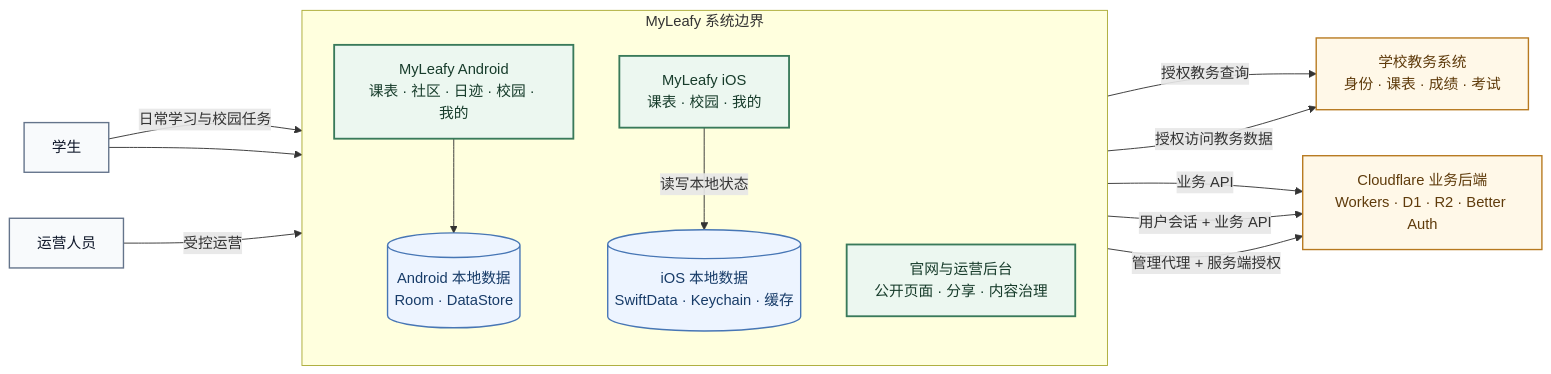
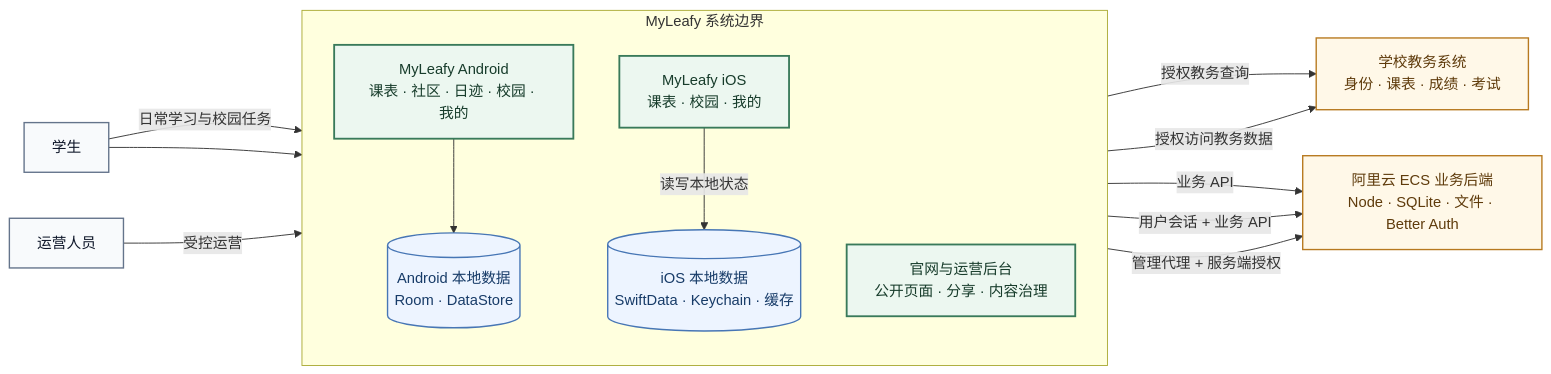
The diagram in README.md (IsaacHuo/MyLeafy), drawn with Mermaid before and after one commit. The commit also changed other lines of this file and 10 other files, not shown here.

````diff
--- a/README.md
+++ b/README.md
@@ -32,37 +32,37 @@
 ```mermaid
 flowchart LR
     Student["学生"]
     Operator["运营人员"]
 
     subgraph Product["MyLeafy 系统边界"]
         direction TB
         IOS["MyLeafy iOS<br/>课表 · 校园 · 我的"]
         Local[("iOS 本地数据<br/>SwiftData · Keychain · 缓存")]
         Android["MyLeafy Android<br/>课表 · 社区 · 日迹 · 校园 · 我的"]
         AndroidLocal[("Android 本地数据<br/>Room · DataStore")]
         Android --> AndroidLocal
         Web["官网与运营后台<br/>公开页面 · 分享 · 内容治理"]
         IOS -->|读写本地状态| Local
     end
 
     School["学校教务系统<br/>身份 · 课表 · 成绩 · 考试"]
-    Backend["Cloudflare 业务后端<br/>Workers · D1 · R2 · Better Auth"]
+    Backend["阿里云 ECS 业务后端<br/>Node · SQLite · 文件 · Better Auth"]
 
     Student -->|日常学习与校园任务| IOS
     Student --> Android
     Android -->|授权教务查询| School
     Android -->|业务 API| Backend
     Operator -->|受控运营| Web
     IOS -->|授权访问教务数据| School
     IOS -->|用户会话 + 业务 API| Backend
     Web -->|管理代理 + 服务端授权| Backend
 
     classDef actor fill:#F8FAFC,stroke:#64748B,color:#0F172A,stroke-width:1.5px;
     classDef owned fill:#ECF7F0,stroke:#397A5A,color:#173C2B,stroke-width:2px;
     classDef external fill:#FFF8E8,stroke:#B7791F,color:#5F3B0B,stroke-width:1.5px;
     classDef data fill:#EDF4FF,stroke:#4776B5,color:#173B68,stroke-width:1.5px;
     class Student,Operator actor;
     class IOS,Android,Web owned;
     class School,Backend external;
     class Local,AndroidLocal data;
 ```
````
